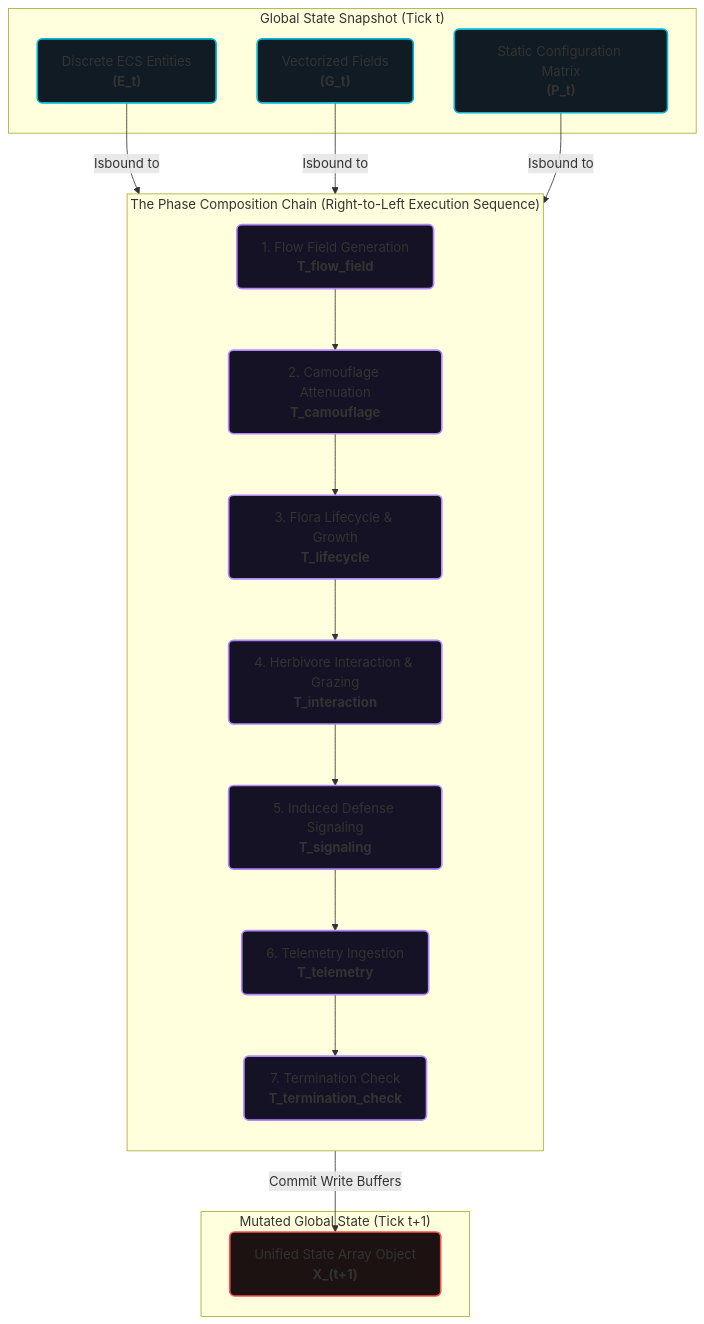
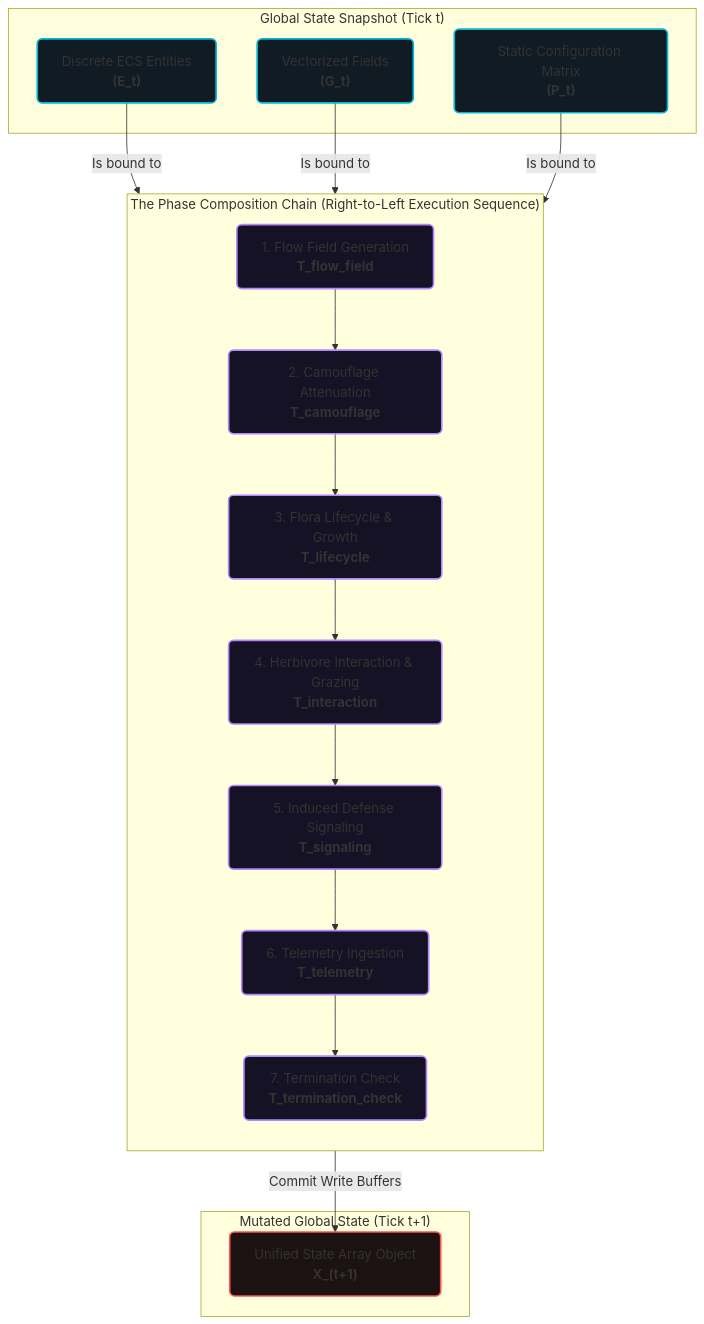
Before and after one commit to foersben/PHIDS: the diagram in docs/scientific_model/mathematical_framework.md, drawn with Mermaid. The commit also changed other lines of this file and 3 other files, not shown here.

````diff
--- a/docs/scientific_model/mathematical_framework.md
+++ b/docs/scientific_model/mathematical_framework.md
@@ -35,41 +46,41 @@
 ```mermaid
 flowchart TD
     %% Global State Ingress
     subgraph State_In ["Global State Snapshot (Tick t)"]
         E_t["Discrete ECS Entities<br><b>(E_t)</b>"]
         G_t["Vectorized Fields<br><b>(G_t)</b>"]
         P_t["Static Configuration Matrix<br><b>(P_t)</b>"]
     end
 
     %% Operator Pipeline Sequence
     subgraph Pipeline ["The Phase Composition Chain (Right-to-Left Execution Sequence)"]
         direction TB
         T1["1. Flow Field Generation<br><b>T_flow_field</b>"]
         T2["2. Camouflage Attenuation<br><b>T_camouflage</b>"]
         T3["3. Flora Lifecycle & Growth<br><b>T_lifecycle</b>"]
         T4["4. Herbivore Interaction & Grazing<br><b>T_interaction</b>"]
         T5["5. Induced Defense Signaling<br><b>T_signaling</b>"]
         T6["6. Telemetry Ingestion<br><b>T_telemetry</b>"]
         T7["7. Termination Check<br><b>T_termination_check</b>"]
     end
 
     %% Global State Egress
     subgraph State_Out ["Mutated Global State (Tick t+1)"]
         X_next["Unified State Array Object<br><b>X_(t+1)</b>"]
     end
 
     %% Spatial Distribution Links
-    E_t & G_t & P_t -->|Isbound to| T1
+    E_t & G_t & P_t -->|Is bound to| T1
     T1 --> T2 --> T3 --> T4 --> T5 --> T6 --> T7
     T7 -->|Commit Write Buffers| X_next
 
     %% Visual Styling Classes
     classDef stateData fill:#111b24,stroke:#00b8d4,stroke-width:2px,rx:6px,ry:6px;
     classDef coreSys fill:#141224,stroke:#b388ff,stroke-width:2px,rx:6px,ry:6px;
     classDef coreState fill:#1c1212,stroke:#ff5252,stroke-width:2px,rx:6px,ry:6px;
 
     class E_t,G_t stateData
     class P_t stateData
     class T1,T2,T3,T4,T5,T6,T7 coreSys
     class X_next coreState
 ```
````
